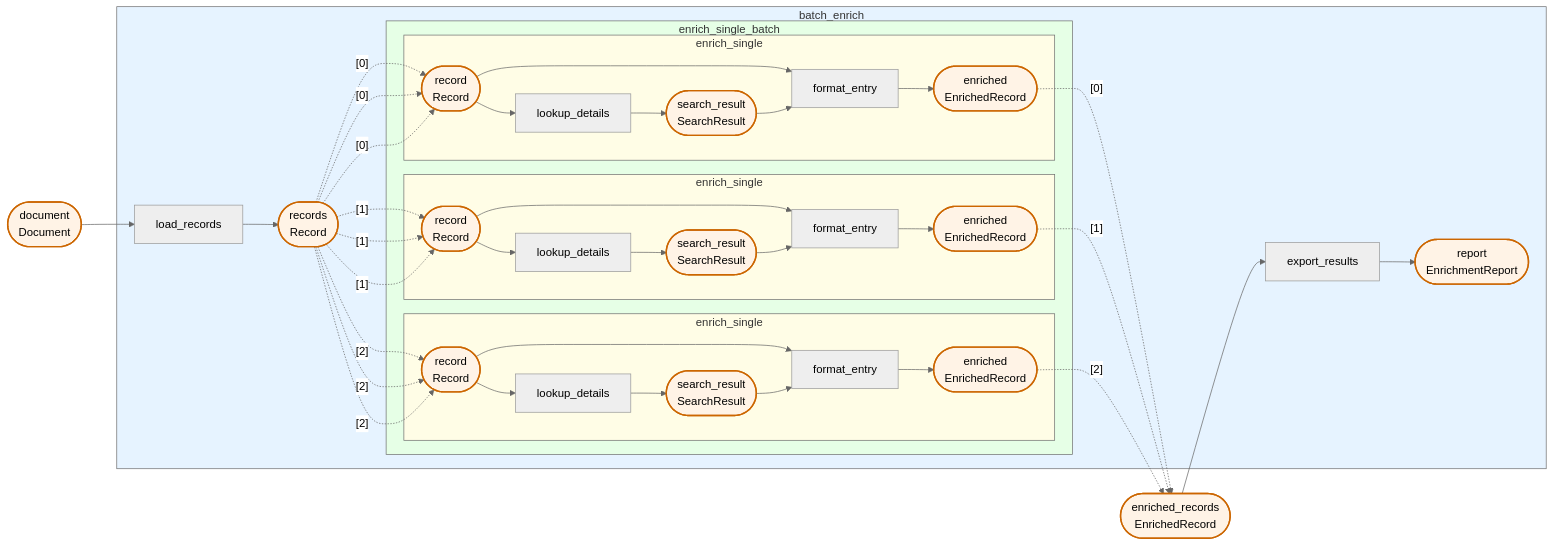
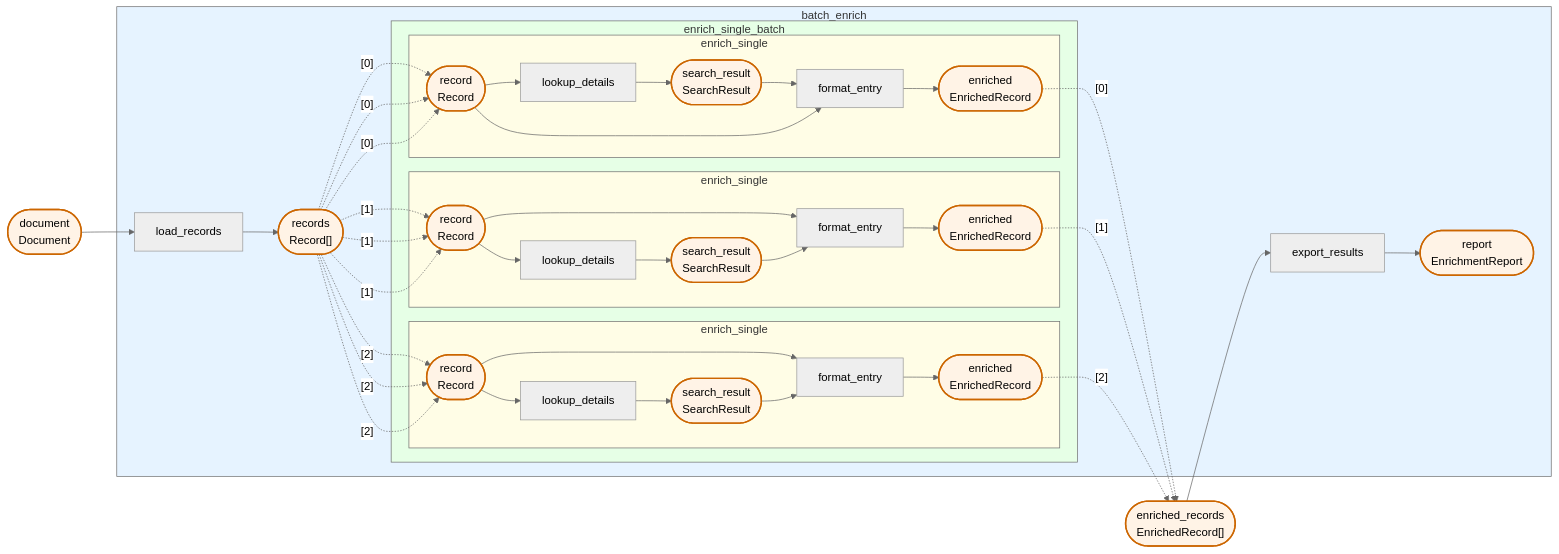
One commit to Pipelex/mthds-ui changed the diagram in data/pipelines/pipeline_12/dry_run_mermaidflow.mmd. Above: the diagram before and after it, drawn with Mermaid (neutral theme). The commit also changed 189 other files, not shown here.

```diff
--- a/data/pipelines/pipeline_12/dry_run_mermaidflow.mmd
+++ b/data/pipelines/pipeline_12/dry_run_mermaidflow.mmd
@@ -1,83 +1,83 @@
 flowchart LR
 
     %% Pipe and stuff nodes within controller subgraphs
-    subgraph sg_n_1d7e668c34["batch_enrich"]
-        subgraph sg_n_26366007ff["enrich_single_batch"]
-            subgraph sg_n_973579f44f["enrich_single"]
-                n_86c27f52f0["format_entry"]
-                s_7f4abdf9c1(["record<br/>Record"]):::stuff
-                s_767031e912(["enriched<br/>EnrichedRecord"]):::stuff
-                n_6f1567dffa["lookup_details"]
-                s_97da7a0b3d(["search_result<br/>SearchResult"]):::stuff
+    subgraph sg_n_ae2288250a["batch_enrich"]
+        subgraph sg_n_9cdf3ea874["enrich_single_batch"]
+            subgraph sg_n_5a81bdcd3d["enrich_single"]
+                n_050a727ace["format_entry"]
+                s_1bf8d1d9ca(["record<br/>Record"]):::stuff
+                s_3f385d5546(["enriched<br/>EnrichedRecord"]):::stuff
+                n_679e2334dd["lookup_details"]
+                s_c348a17984(["search_result<br/>SearchResult"]):::stuff
             end
-            subgraph sg_n_9a3dc6de7a["enrich_single"]
-                n_64c684b2de["format_entry"]
-                s_7719361d3c(["record<br/>Record"]):::stuff
-                s_1404ec3ee1(["enriched<br/>EnrichedRecord"]):::stuff
-                n_f5d7b4251d["lookup_details"]
-                s_89e882a03f(["search_result<br/>SearchResult"]):::stuff
+            subgraph sg_n_37c9223ad9["enrich_single"]
+                n_6f0600842c["format_entry"]
+                s_e4739e349c(["record<br/>Record"]):::stuff
+                s_3018e33801(["enriched<br/>EnrichedRecord"]):::stuff
+                n_0144a5c560["lookup_details"]
+                s_75d099d49f(["search_result<br/>SearchResult"]):::stuff
             end
-            subgraph sg_n_e8fa689d37["enrich_single"]
-                n_7b833f7d18["format_entry"]
-                s_8b4d07daf0(["record<br/>Record"]):::stuff
-                s_9bb4c828d3(["enriched<br/>EnrichedRecord"]):::stuff
-                n_0fcc9f7b4f["lookup_details"]
-                s_aaf431774d(["search_result<br/>SearchResult"]):::stuff
+            subgraph sg_n_2e13afce72["enrich_single"]
+                n_09410e1f22["format_entry"]
+                s_7e6fd6d449(["record<br/>Record"]):::stuff
+                s_6b1a6db6fb(["enriched<br/>EnrichedRecord"]):::stuff
+                n_cc8ca3cc87["lookup_details"]
+                s_5a0acfee04(["search_result<br/>SearchResult"]):::stuff
             end
         end
-        n_e245af37a3["export_results"]
-        s_0a4079cbe2(["report<br/>EnrichmentReport"]):::stuff
-        n_5c497863d3["load_records"]
-        s_17c53d7db1(["records<br/>Record"]):::stuff
+        n_0a6d325c6a["export_results"]
+        s_fbbb1985c9(["report<br/>EnrichmentReport"]):::stuff
+        n_4d3e9c2d1d["load_records"]
+        s_7e10c8a08a(["records<br/>Record#91;#93;"]):::stuff
     end
 
     %% Pipeline input stuff nodes (no producer)
-    s_e6262d4aba(["document<br/>Document"]):::stuff
-    s_55bbdecb78(["enriched_records<br/>EnrichedRecord"]):::stuff
+    s_cdc867e171(["document<br/>Document"]):::stuff
+    s_49fcd05530(["enriched_records<br/>EnrichedRecord#91;#93;"]):::stuff
 
     %% Data flow edges: producer -> stuff -> consumer
-    n_86c27f52f0 --> s_767031e912
-    n_64c684b2de --> s_1404ec3ee1
-    n_5c497863d3 --> s_17c53d7db1
-    n_f5d7b4251d --> s_89e882a03f
-    n_6f1567dffa --> s_97da7a0b3d
-    n_7b833f7d18 --> s_9bb4c828d3
-    n_0fcc9f7b4f --> s_aaf431774d
-    n_e245af37a3 --> s_0a4079cbe2
-    s_7f4abdf9c1 --> n_6f1567dffa
-    s_7f4abdf9c1 --> n_86c27f52f0
-    s_7719361d3c --> n_f5d7b4251d
-    s_7719361d3c --> n_64c684b2de
-    s_8b4d07daf0 --> n_0fcc9f7b4f
-    s_8b4d07daf0 --> n_7b833f7d18
-    s_55bbdecb78 --> n_e245af37a3
-    s_89e882a03f --> n_64c684b2de
-    s_97da7a0b3d --> n_86c27f52f0
-    s_aaf431774d --> n_7b833f7d18
-    s_e6262d4aba --> n_5c497863d3
+    n_679e2334dd --> s_c348a17984
+    n_09410e1f22 --> s_6b1a6db6fb
+    n_050a727ace --> s_3f385d5546
+    n_6f0600842c --> s_3018e33801
+    n_4d3e9c2d1d --> s_7e10c8a08a
+    n_0a6d325c6a --> s_fbbb1985c9
+    n_0144a5c560 --> s_75d099d49f
+    n_cc8ca3cc87 --> s_5a0acfee04
+    s_49fcd05530 --> n_0a6d325c6a
+    s_c348a17984 --> n_050a727ace
+    s_cdc867e171 --> n_4d3e9c2d1d
+    s_1bf8d1d9ca --> n_679e2334dd
+    s_1bf8d1d9ca --> n_050a727ace
+    s_e4739e349c --> n_0144a5c560
+    s_e4739e349c --> n_6f0600842c
+    s_7e6fd6d449 --> n_cc8ca3cc87
+    s_7e6fd6d449 --> n_09410e1f22
+    s_75d099d49f --> n_6f0600842c
+    s_5a0acfee04 --> n_09410e1f22
 
     %% Batch edges: list-item relationships
-    s_17c53d7db1 -."[0]".-> s_7f4abdf9c1
-    s_17c53d7db1 -."[0]".-> s_7f4abdf9c1
-    s_17c53d7db1 -."[0]".-> s_7f4abdf9c1
-    s_17c53d7db1 -."[1]".-> s_7719361d3c
-    s_17c53d7db1 -."[1]".-> s_7719361d3c
-    s_17c53d7db1 -."[1]".-> s_7719361d3c
-    s_17c53d7db1 -."[2]".-> s_8b4d07daf0
-    s_17c53d7db1 -."[2]".-> s_8b4d07daf0
-    s_17c53d7db1 -."[2]".-> s_8b4d07daf0
-    s_767031e912 -."[0]".-> s_55bbdecb78
-    s_1404ec3ee1 -."[1]".-> s_55bbdecb78
-    s_9bb4c828d3 -."[2]".-> s_55bbdecb78
+    s_7e10c8a08a -."[0]".-> s_1bf8d1d9ca
+    s_7e10c8a08a -."[0]".-> s_1bf8d1d9ca
+    s_7e10c8a08a -."[0]".-> s_1bf8d1d9ca
+    s_7e10c8a08a -."[1]".-> s_e4739e349c
+    s_7e10c8a08a -."[1]".-> s_e4739e349c
+    s_7e10c8a08a -."[1]".-> s_e4739e349c
+    s_7e10c8a08a -."[2]".-> s_7e6fd6d449
+    s_7e10c8a08a -."[2]".-> s_7e6fd6d449
+    s_7e10c8a08a -."[2]".-> s_7e6fd6d449
+    s_3f385d5546 -."[0]".-> s_49fcd05530
+    s_3018e33801 -."[1]".-> s_49fcd05530
+    s_6b1a6db6fb -."[2]".-> s_49fcd05530
 
     %% Style definitions
     classDef failed fill:#ffcccc,stroke:#cc0000
     classDef stuff fill:#fff3e6,stroke:#cc6600,stroke-width:2px
     classDef controller fill:#e6f3ff,stroke:#0066cc
 
     %% Subgraph depth-based coloring
-    style sg_n_1d7e668c34 fill:#e6f3ff
-    style sg_n_26366007ff fill:#e6ffe6
-    style sg_n_973579f44f fill:#fffde6
-    style sg_n_9a3dc6de7a fill:#fffde6
-    style sg_n_e8fa689d37 fill:#fffde6
+    style sg_n_2e13afce72 fill:#fffde6
+    style sg_n_37c9223ad9 fill:#fffde6
+    style sg_n_5a81bdcd3d fill:#fffde6
+    style sg_n_9cdf3ea874 fill:#e6ffe6
+    style sg_n_ae2288250a fill:#e6f3ff
```
